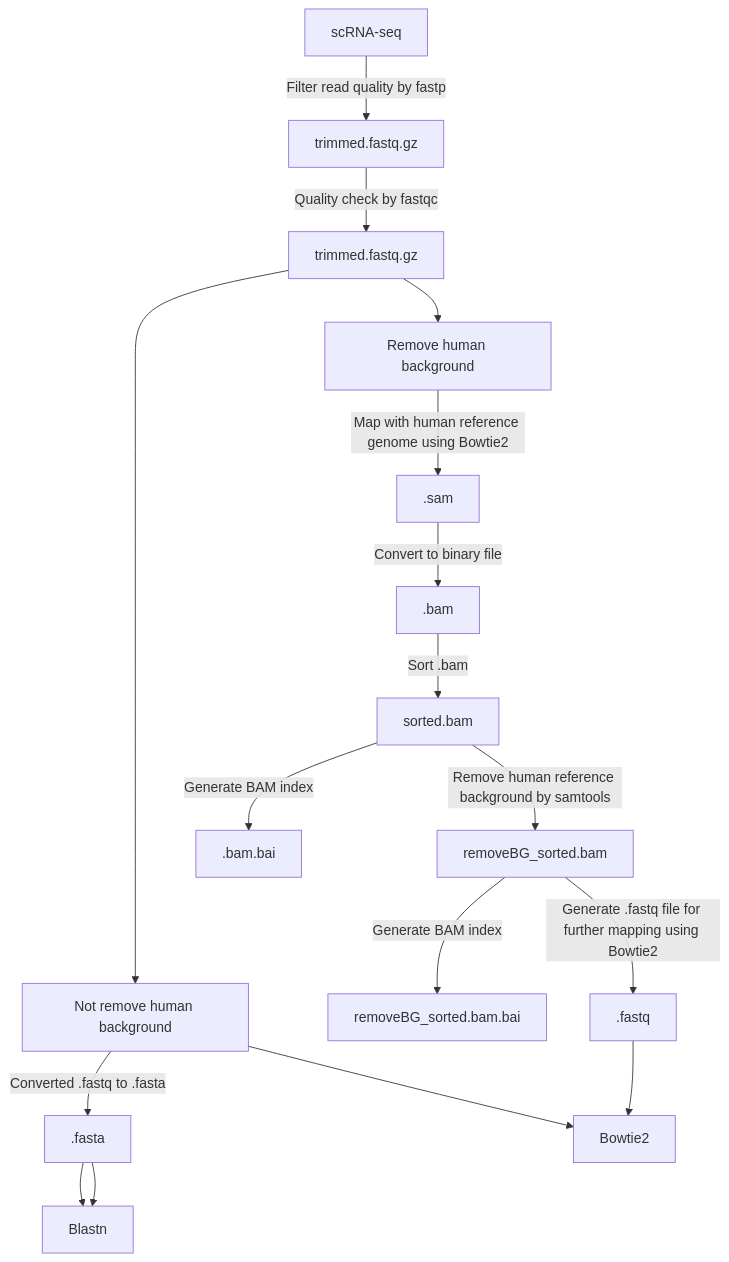
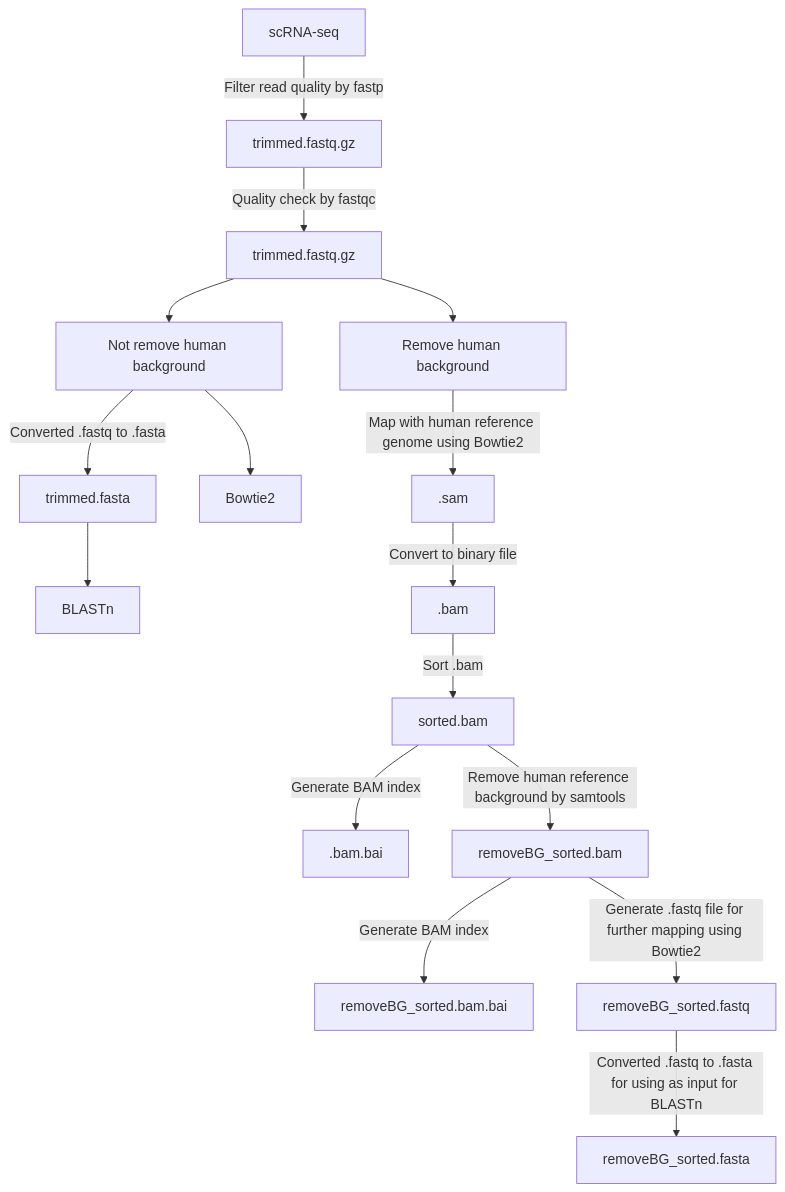
One commit to julaneelee/Human-viruses-detection-in-scRNA-seq changed the diagram in README.md. Above: the diagram before and after it, drawn with Mermaid.

````diff
--- a/README.md
+++ b/README.md
@@ -15,21 +15,19 @@
 ```mermaid
 graph TD;
     A[scRNA-seq]-->|Filter read quality by fastp| B[trimmed.fastq.gz];
     B-->|Quality check by fastqc| C[trimmed.fastq.gz];
     C--> N[Not remove human background];
     C--> O[Remove human background];
-    N--> |Converted .fastq to .fasta| K[.fasta];
+    N--> |Converted .fastq to .fasta| K[trimmed.fasta];
     K--> M[BLASTn];
     N--> L[Bowtie2];
     O-->|Map with human reference genome using Bowtie2| D[.sam];
     D-->|Convert to binary file| E[.bam];
     E-->|Sort .bam| F[sorted.bam];
     F-->|Generate BAM index| G[.bam.bai];
     F-->|Remove human reference background by samtools| H[removeBG_sorted.bam] ;
     H-->|Generate BAM index| I[removeBG_sorted.bam.bai];
-    H-->|Generate .fastq file for further mapping using Bowtie2| J[.fastq];
-    J-->L[Bowtie2];
-    K-->M[Blastn];
-  
+    H-->|Generate .fastq file for further mapping using Bowtie2| J[removeBG_sorted.fastq];
+    J--> |Converted .fastq to .fasta for using as input for BLASTn| P[removeBG_sorted.fasta];
     
 ```
````
